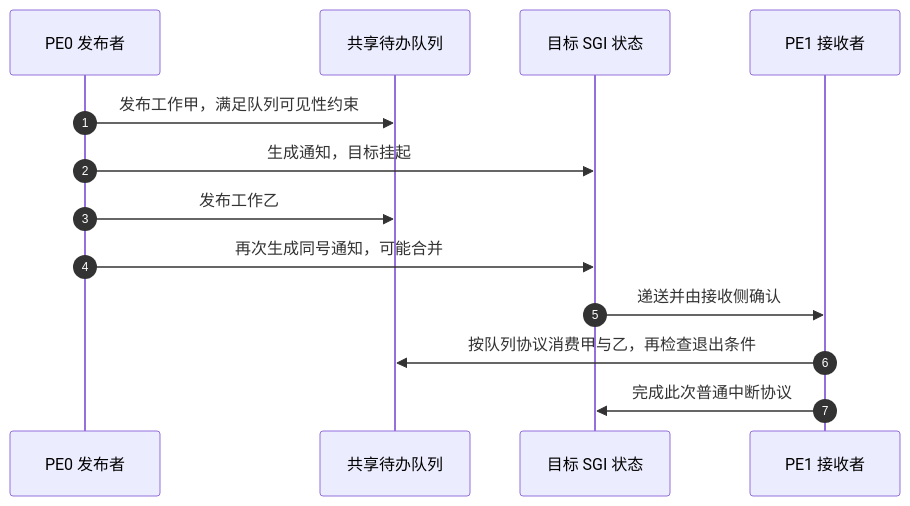
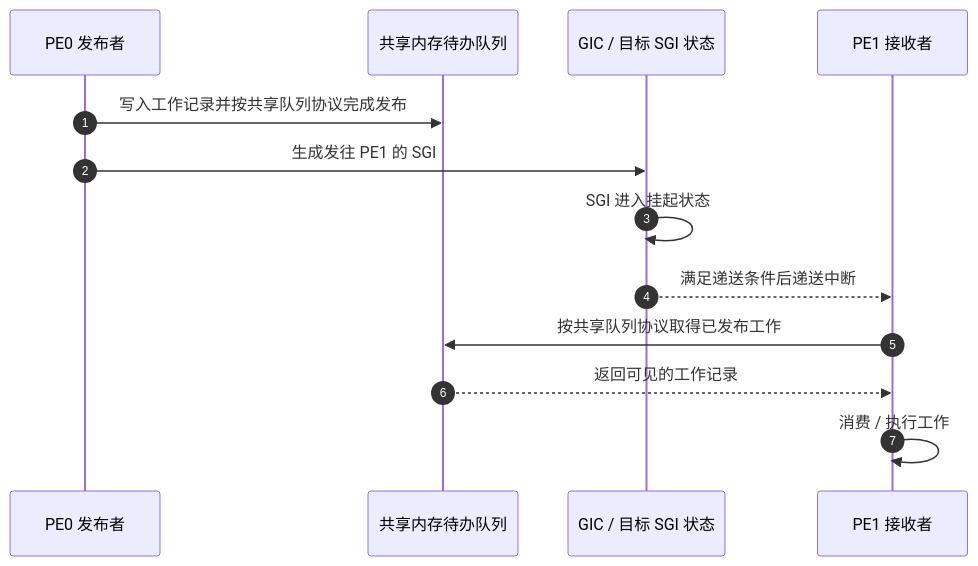
The second of 3 diagrams in platforms/arm/architecture/gic/P07_目标选择_核间通知与电源交接.md (FormingSystem/linux_note), drawn with Mermaid before and after one commit. The commit also changed other lines of this file and 4 other files, not shown here.

````diff
--- a/platforms/arm/architecture/gic/P07_目标选择_核间通知与电源交接.md
+++ b/platforms/arm/architecture/gic/P07_目标选择_核间通知与电源交接.md
@@ -59,15 +47,16 @@
 ```mermaid
 sequenceDiagram
     autonumber
     participant sender as PE0 发布者
-    participant queue as 共享待办队列
-    participant gic as 目标 SGI 状态
+    participant queue as 共享内存待办队列
+    participant gic as GIC / 目标 SGI 状态
     participant receiver as PE1 接收者
-    sender->>queue: 发布工作甲，满足队列可见性约束
-    sender->>gic: 生成通知，目标挂起
-    sender->>queue: 发布工作乙
-    sender->>gic: 再次生成同号通知，可能合并
-    gic->>receiver: 递送并由接收侧确认
-    receiver->>queue: 按队列协议消费甲与乙，再检查退出条件
-    receiver->>gic: 完成此次普通中断协议
+
+    sender->>queue: 写入工作记录并按共享队列协议完成发布
+    sender->>gic: 生成发往 PE1 的 SGI
+    gic->>gic: SGI 进入挂起状态
+    gic-->>receiver: 满足递送条件后递送中断
+    receiver->>queue: 按共享队列协议取得已发布工作
+    queue-->>receiver: 返回可见的工作记录
+    receiver->>receiver: 消费 / 执行工作
 ```
````
